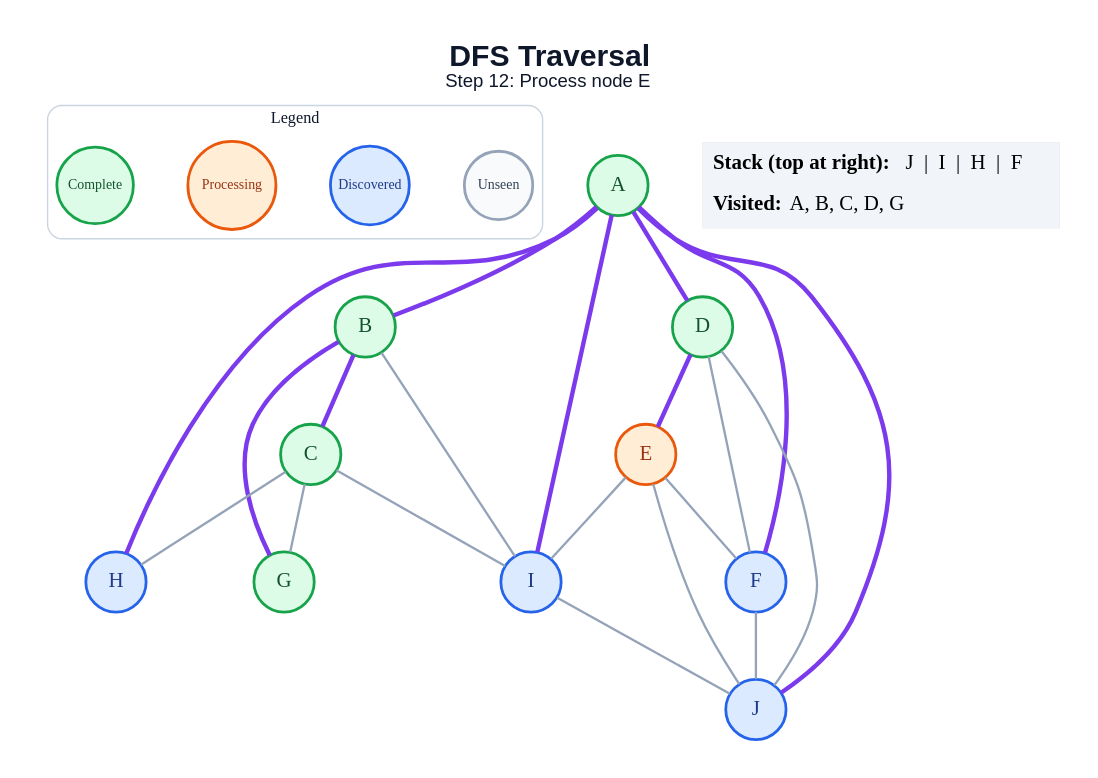
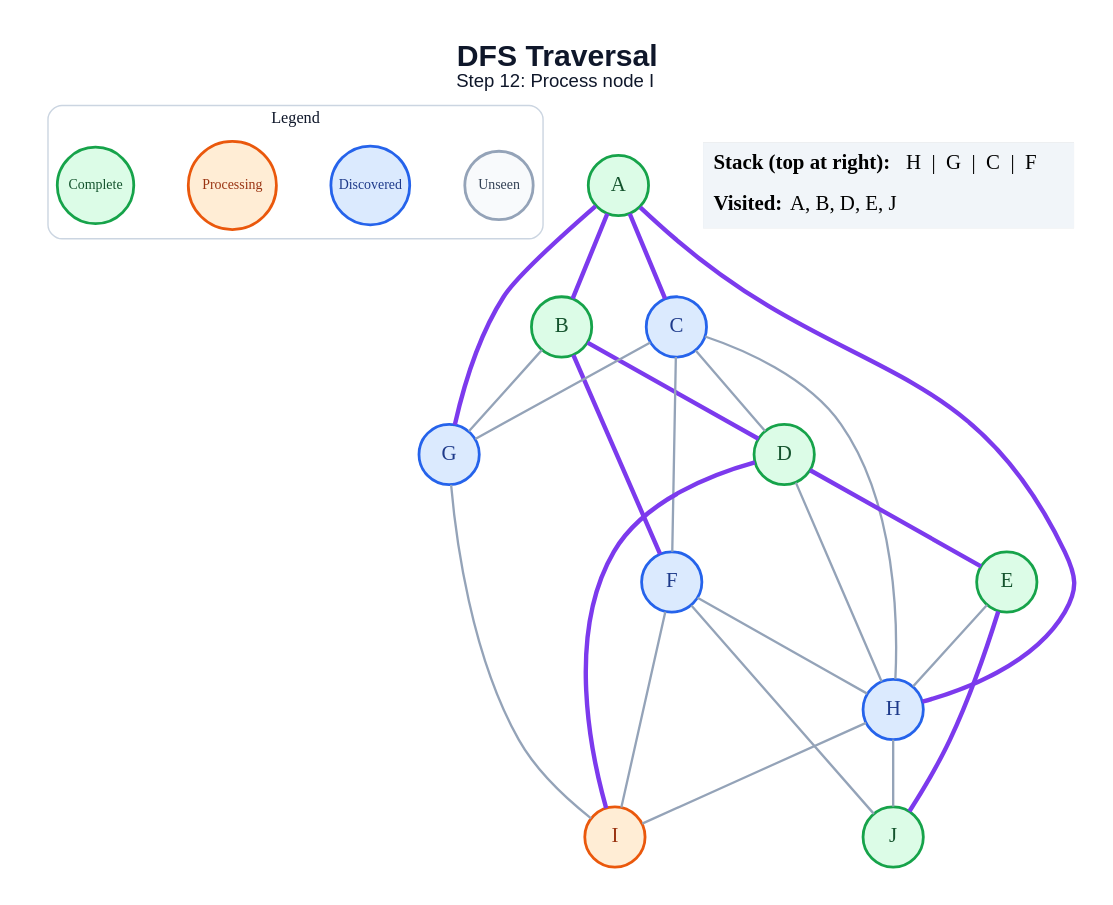
Before and after one commit to anon7238593-create/ai-slop: the diagram in generated/dfs/step_12.dot, drawn with Graphviz. The commit also changed 178 other files, not shown here.

```diff
--- a/generated/dfs/step_12.dot
+++ b/generated/dfs/step_12.dot
@@ -1,49 +1,51 @@
 graph traversal {
   graph [layout=dot, rankdir=TB, bgcolor="#FFFFFF", pad="0.35", nodesep="0.65", ranksep="0.8", fontname="Arial"];
   node [shape=circle, style="filled", fontname="Arial Bold", fontsize=18, width=0.72, fixedsize=true, penwidth=2.4];
   edge [color="#94A3B8", penwidth=2.0];
-  label=<<B>DFS Traversal</B><BR/><FONT POINT-SIZE="16">Step 12: Process node E</FONT>>; labelloc="t"; fontsize=26; fontname="Arial"; fontcolor="#0F172A";
+  label=<<B>DFS Traversal</B><BR/><FONT POINT-SIZE="16">Step 12: Process node I</FONT>>; labelloc="t"; fontsize=26; fontname="Arial"; fontcolor="#0F172A";
   subgraph cluster_legend { label="Legend"; color="#CBD5E1"; penwidth=1.2; style="rounded"; fontsize=14; fontname="Arial Bold";
     key_unseen [label="Unseen", fillcolor="#F8FAFC", color="#94A3B8", fontcolor="#334155", fontsize=12, width=0.82];
     key_frontier [label="Discovered", fillcolor="#DBEAFE", color="#2563EB", fontcolor="#1E3A8A", fontsize=12, width=0.95];
     key_current [label="Processing", fillcolor="#FFEDD5", color="#EA580C", fontcolor="#9A3412", fontsize=12, width=1.05];
     key_done [label="Complete", fillcolor="#DCFCE7", color="#16A34A", fontcolor="#14532D", fontsize=12, width=0.92];
     { rank=same; key_unseen; key_frontier; key_current; key_done; }
   }
   A [fillcolor="#DCFCE7", color="#16A34A", fontcolor="#14532D"];
   B [fillcolor="#DCFCE7", color="#16A34A", fontcolor="#14532D"];
-  C [fillcolor="#DCFCE7", color="#16A34A", fontcolor="#14532D"];
+  C [fillcolor="#DBEAFE", color="#2563EB", fontcolor="#1E3A8A"];
   D [fillcolor="#DCFCE7", color="#16A34A", fontcolor="#14532D"];
-  E [fillcolor="#FFEDD5", color="#EA580C", fontcolor="#9A3412"];
+  E [fillcolor="#DCFCE7", color="#16A34A", fontcolor="#14532D"];
   F [fillcolor="#DBEAFE", color="#2563EB", fontcolor="#1E3A8A"];
-  G [fillcolor="#DCFCE7", color="#16A34A", fontcolor="#14532D"];
+  G [fillcolor="#DBEAFE", color="#2563EB", fontcolor="#1E3A8A"];
   H [fillcolor="#DBEAFE", color="#2563EB", fontcolor="#1E3A8A"];
-  I [fillcolor="#DBEAFE", color="#2563EB", fontcolor="#1E3A8A"];
-  J [fillcolor="#DBEAFE", color="#2563EB", fontcolor="#1E3A8A"];
+  I [fillcolor="#FFEDD5", color="#EA580C", fontcolor="#9A3412"];
+  J [fillcolor="#DCFCE7", color="#16A34A", fontcolor="#14532D"];
   A -- B [color="#7C3AED", penwidth=3.8];
-  A -- D [color="#7C3AED", penwidth=3.8];
-  A -- F [color="#7C3AED", penwidth=3.8];
+  A -- C [color="#7C3AED", penwidth=3.8];
+  A -- G [color="#7C3AED", penwidth=3.8];
   A -- H [color="#7C3AED", penwidth=3.8];
-  A -- I [color="#7C3AED", penwidth=3.8];
-  A -- J [color="#7C3AED", penwidth=3.8];
-  B -- C [color="#7C3AED", penwidth=3.8];
-  B -- G [color="#7C3AED", penwidth=3.8];
-  B -- I;
+  B -- D [color="#7C3AED", penwidth=3.8];
+  B -- F [color="#7C3AED", penwidth=3.8];
+  B -- G;
+  C -- D;
+  C -- F;
   C -- G;
   C -- H;
-  C -- I;
   D -- E [color="#7C3AED", penwidth=3.8];
-  D -- F;
-  D -- J;
-  E -- F;
-  E -- I;
-  E -- J;
+  D -- H;
+  D -- I [color="#7C3AED", penwidth=3.8];
+  E -- H;
+  E -- J [color="#7C3AED", penwidth=3.8];
+  F -- H;
+  F -- I;
   F -- J;
-  I -- J;
+  G -- I;
+  H -- I;
+  H -- J;
   status [shape=plain, fixedsize=false, width=0, height=0, margin=0, label=<
     <TABLE BORDER="0" CELLBORDER="0" CELLPADDING="7" BGCOLOR="#F1F5F9">
-      <TR><TD ALIGN="LEFT"><B>Stack (top at right):</B> J  |  I  |  H  |  F</TD></TR>
-      <TR><TD ALIGN="LEFT"><B>Visited:</B> A, B, C, D, G</TD></TR>
+      <TR><TD ALIGN="LEFT"><B>Stack (top at right):</B> H  |  G  |  C  |  F</TD></TR>
+      <TR><TD ALIGN="LEFT"><B>Visited:</B> A, B, D, E, J</TD></TR>
     </TABLE>
   >];
 }
```
